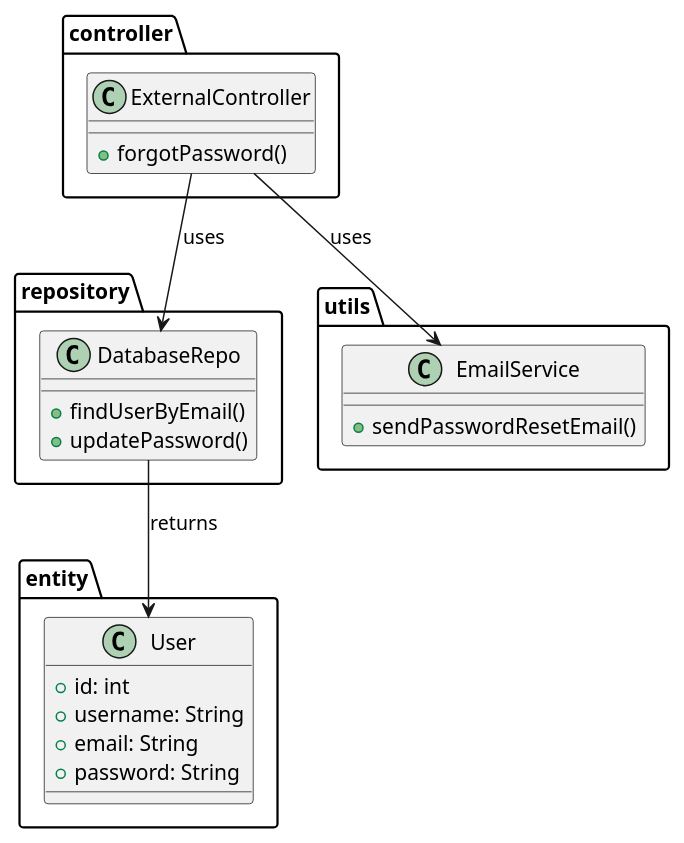
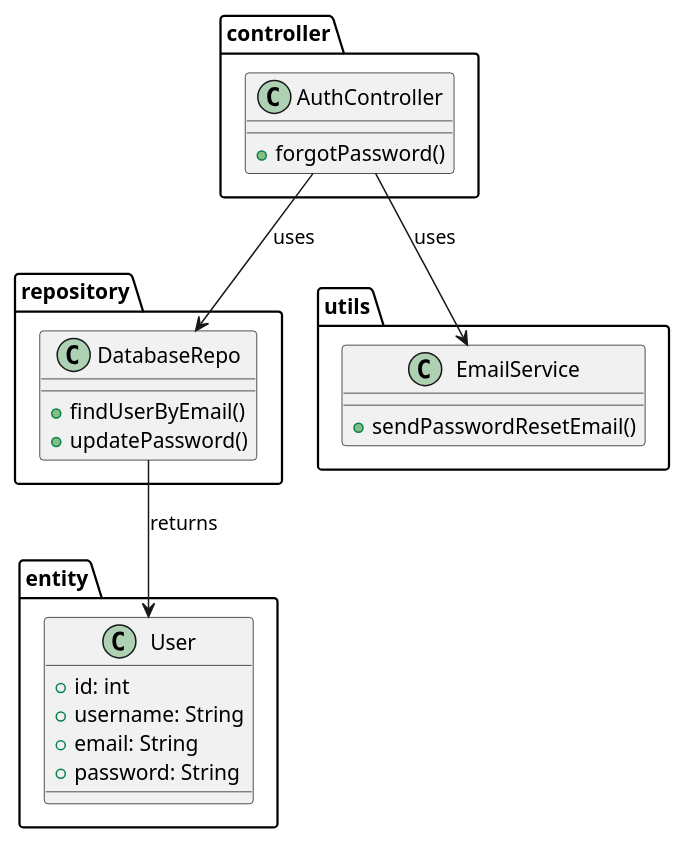
Before and after one commit to iamSlightlyWind/Legacy: the diagram in SWD392/class_diagrams/8_forgot_password.puml, drawn with PlantUML. The commit also changed 2 other files, not shown here.

```diff
--- a/SWD392/class_diagrams/8_forgot_password.puml
+++ b/SWD392/class_diagrams/8_forgot_password.puml
@@ -1,33 +1,33 @@
 @startuml
 package controller {
-    class ExternalController {
+    class AuthController {
         +forgotPassword()
     }
 }
 
 package repository {
     class DatabaseRepo {
         +findUserByEmail()
         +updatePassword()
     }
 }
 
 package utils {
     class EmailService {
         +sendPasswordResetEmail()
     }
 }
 
 package entity {
     class User {
         +id: int
         +username: String
         +email: String
         +password: String
     }
 }
 
-ExternalController --> DatabaseRepo : uses
-ExternalController --> EmailService : uses
+AuthController --> DatabaseRepo : uses
+AuthController --> EmailService : uses
 DatabaseRepo --> User : returns
 @enduml
```
